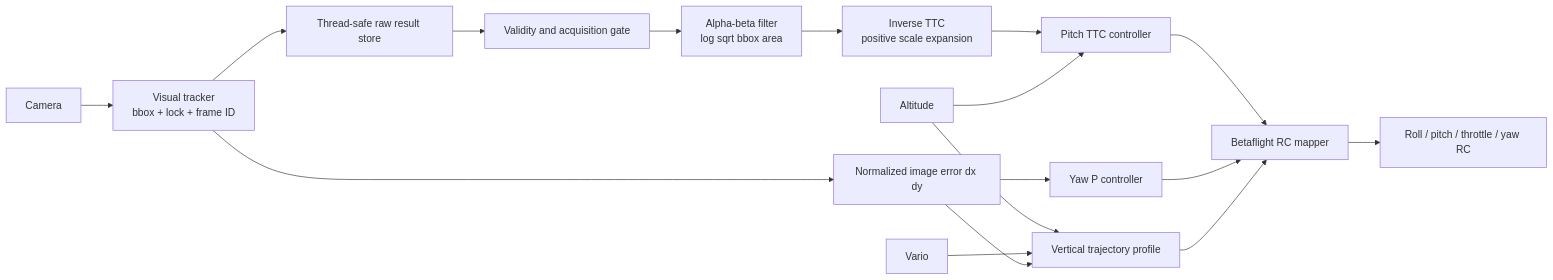
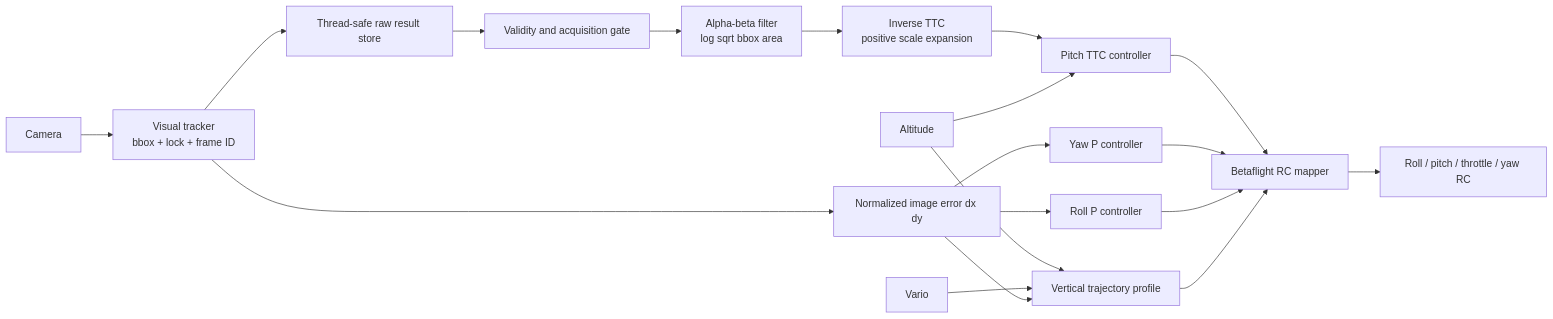
Before and after one commit to mayaboker/bt_ws: the diagram in bt_app/docs/design/tracker_ttc_controller.md, drawn with Mermaid. The commit also changed other lines of this file and 5 other files, not shown here.

````diff
--- a/bt_app/docs/design/tracker_ttc_controller.md
+++ b/bt_app/docs/design/tracker_ttc_controller.md
@@ -5,19 +146,21 @@
 ```mermaid
 flowchart LR
     C[Camera] --> V[Visual tracker\nbbox + lock + frame ID]
     V --> S[Thread-safe raw result store]
     S --> G[Validity and acquisition gate]
     G --> F[Alpha-beta filter\nlog sqrt bbox area]
     F --> T[Inverse TTC\npositive scale expansion]
     A[Altitude] --> P[Vertical trajectory profile]
     R[Vario] --> P
     V --> E[Normalized image error dx dy]
     T --> X[Pitch TTC controller]
     A --> X
     E --> Y[Yaw P controller]
+    E --> L[Roll P controller]
     E --> P
     X --> M[Betaflight RC mapper]
     Y --> M
+    L --> M
     P --> M
     M --> O[Roll / pitch / throttle / yaw RC]
 ```
````
